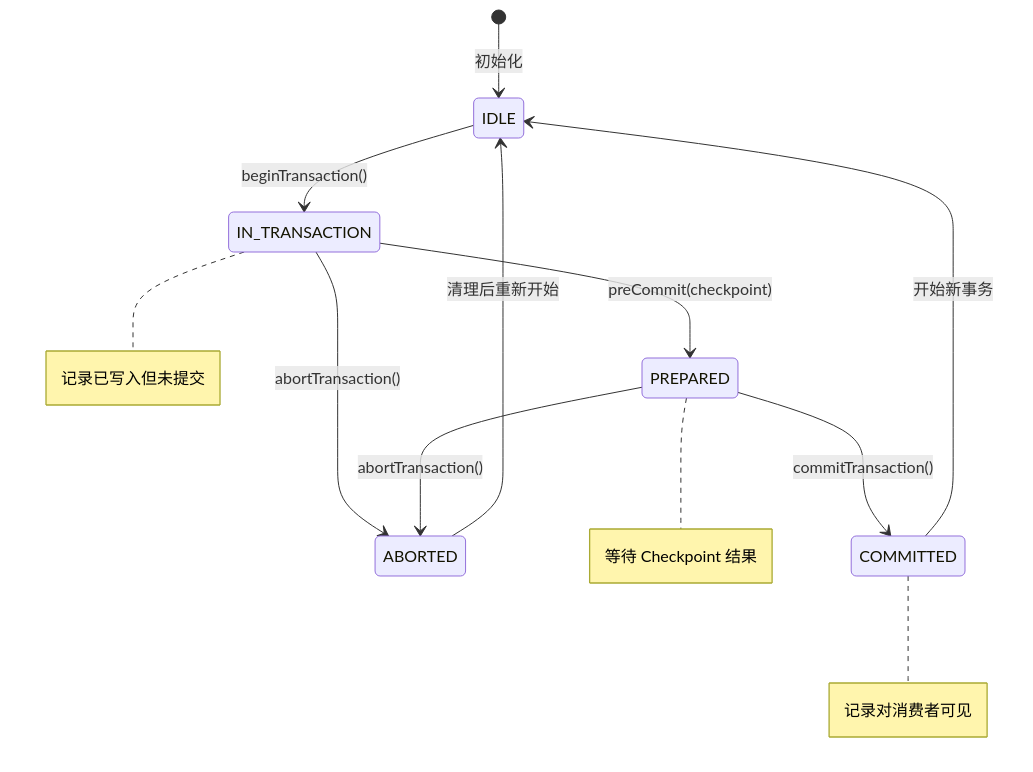
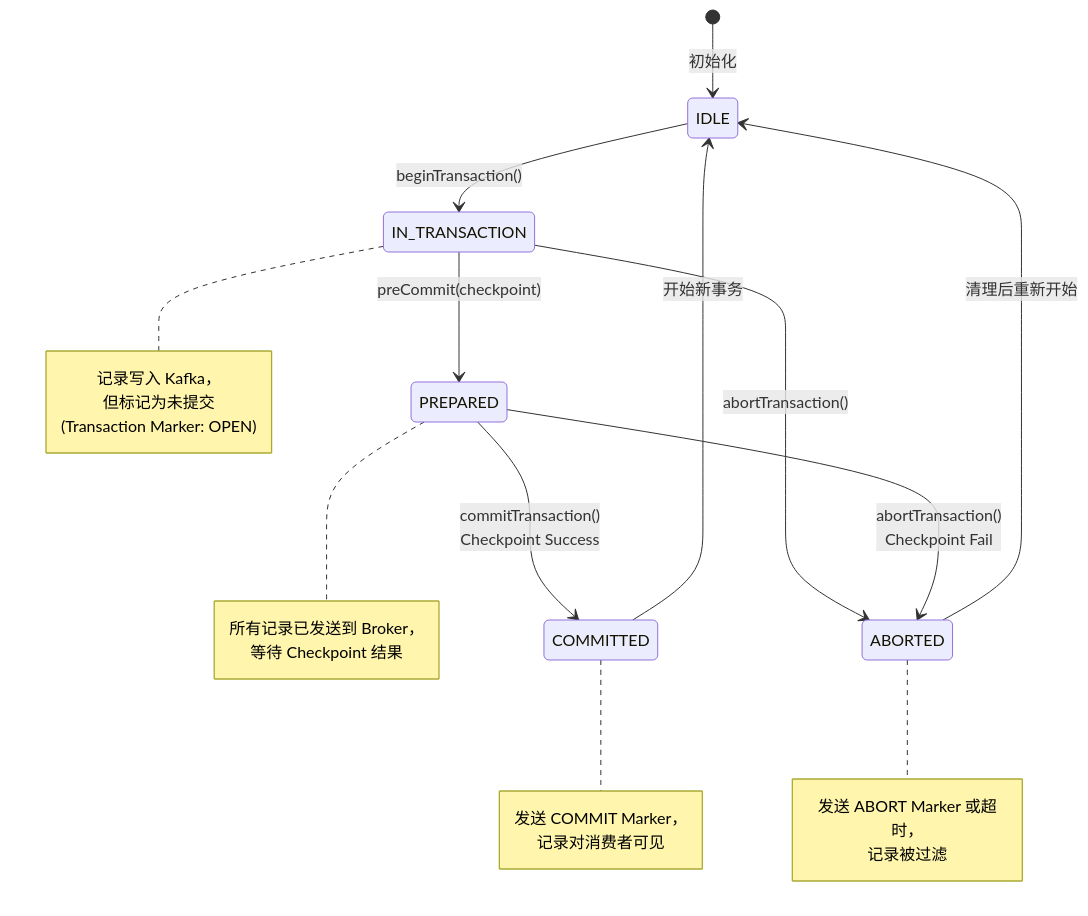
One commit to AdaMartin18010/AnalysisDataFlow changed the third of 4 diagrams in Flink/04-connectors/kafka-integration-patterns.md. Above: the diagram before and after it, drawn with Mermaid. The commit also changed other lines of this file and 10 other files, not shown here.

````diff
--- a/Flink/04-connectors/kafka-integration-patterns.md
+++ b/Flink/04-connectors/kafka-integration-patterns.md
@@ -366,15 +509,36 @@
 ```mermaid
 stateDiagram-v2
     [*] --> IDLE: 初始化
+
     IDLE --> IN_TRANSACTION: beginTransaction()
+
     IN_TRANSACTION --> PREPARED: preCommit(checkpoint)
     IN_TRANSACTION --> ABORTED: abortTransaction()
-    PREPARED --> COMMITTED: commitTransaction()
-    PREPARED --> ABORTED: abortTransaction()
+
+    PREPARED --> COMMITTED: commitTransaction()<br/>Checkpoint Success
+    PREPARED --> ABORTED: abortTransaction()<br/>Checkpoint Fail
+
     COMMITTED --> IDLE: 开始新事务
     ABORTED --> IDLE: 清理后重新开始
-    
-    note right of IN_TRANSACTION: 记录已写入但未提交
-    note right of PREPARED: 等待 Checkpoint 结果
-    note right of COMMITTED: 记录对消费者可见
+
+    note right of IN_TRANSACTION
+        记录写入 Kafka，
+        但标记为未提交
+        (Transaction Marker: OPEN)
+    end note
+
+    note right of PREPARED
+        所有记录已发送到 Broker，
+        等待 Checkpoint 结果
+    end note
+
+    note right of COMMITTED
+        发送 COMMIT Marker，
+        记录对消费者可见
+    end note
+
+    note right of ABORTED
+        发送 ABORT Marker 或超时，
+        记录被过滤
+    end note
 ```
````
